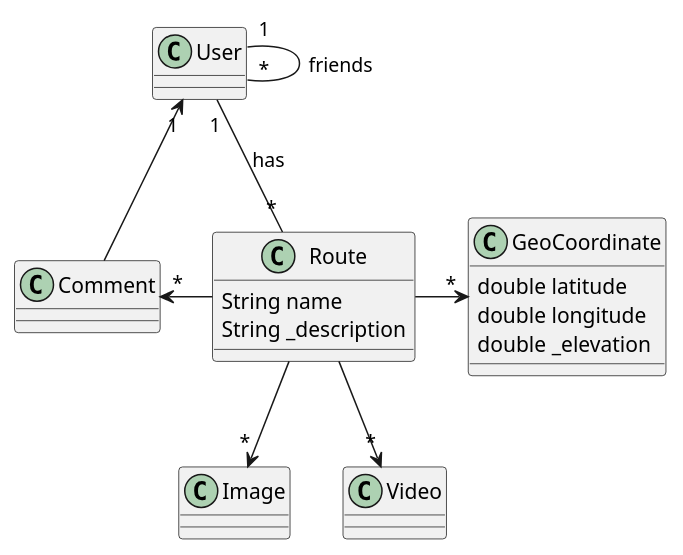
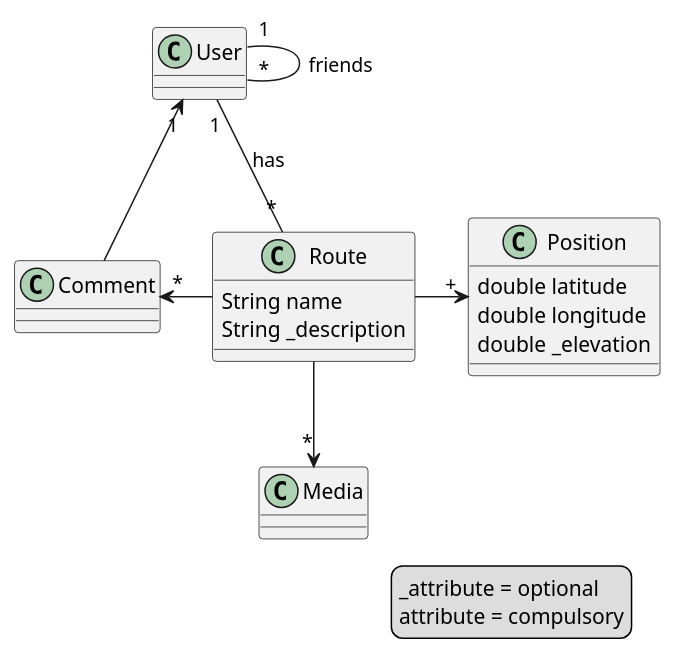
The diagram in src/docs/diagrams/08-01_Domain.puml (Arquisoft/viade_en1b), drawn with PlantUML before and after one commit. The commit also changed 1 other file, not shown here.

```diff
--- a/src/docs/diagrams/08-01_Domain.puml
+++ b/src/docs/diagrams/08-01_Domain.puml
@@ -1,22 +1,26 @@
 @startuml
 
 class Route {
     String name
     String _description
 }
 
-class GeoCoordinate {
+class Position {
     double latitude
     double longitude
     double _elevation
 }
 
 User "1" -- "*" Route : has
 User "1" -- "*" User : friends
-Route -> "*" GeoCoordinate
+Route -> "+" Position
 Route -left-> "*" Comment
 Comment -up-> "1" User
-Route -down-> "*" Image
-Route -down-> "*" Video
+Route -down-> "*" Media
+
+legend right
+_attribute = optional
+attribute = compulsory
+endlegend
 
 @enduml
```
